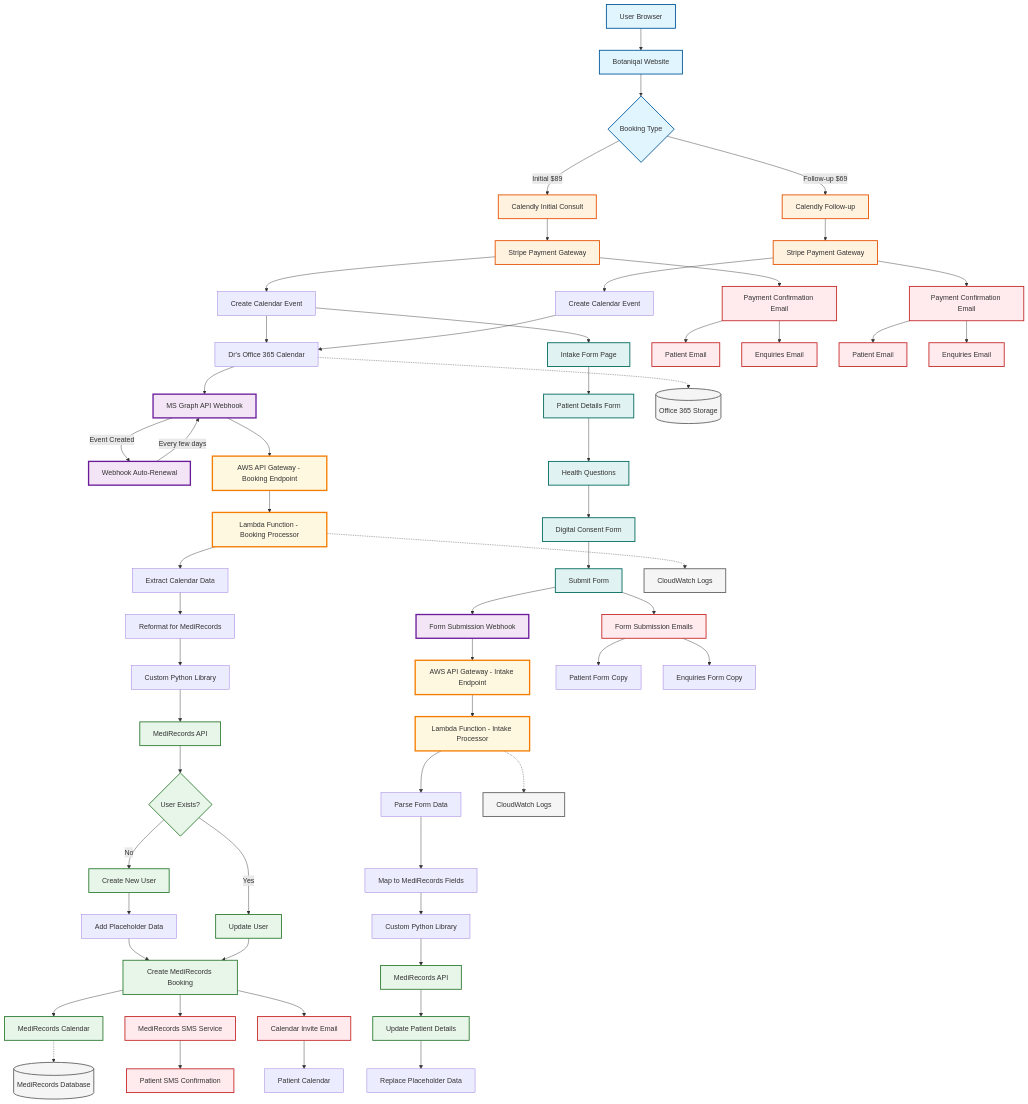
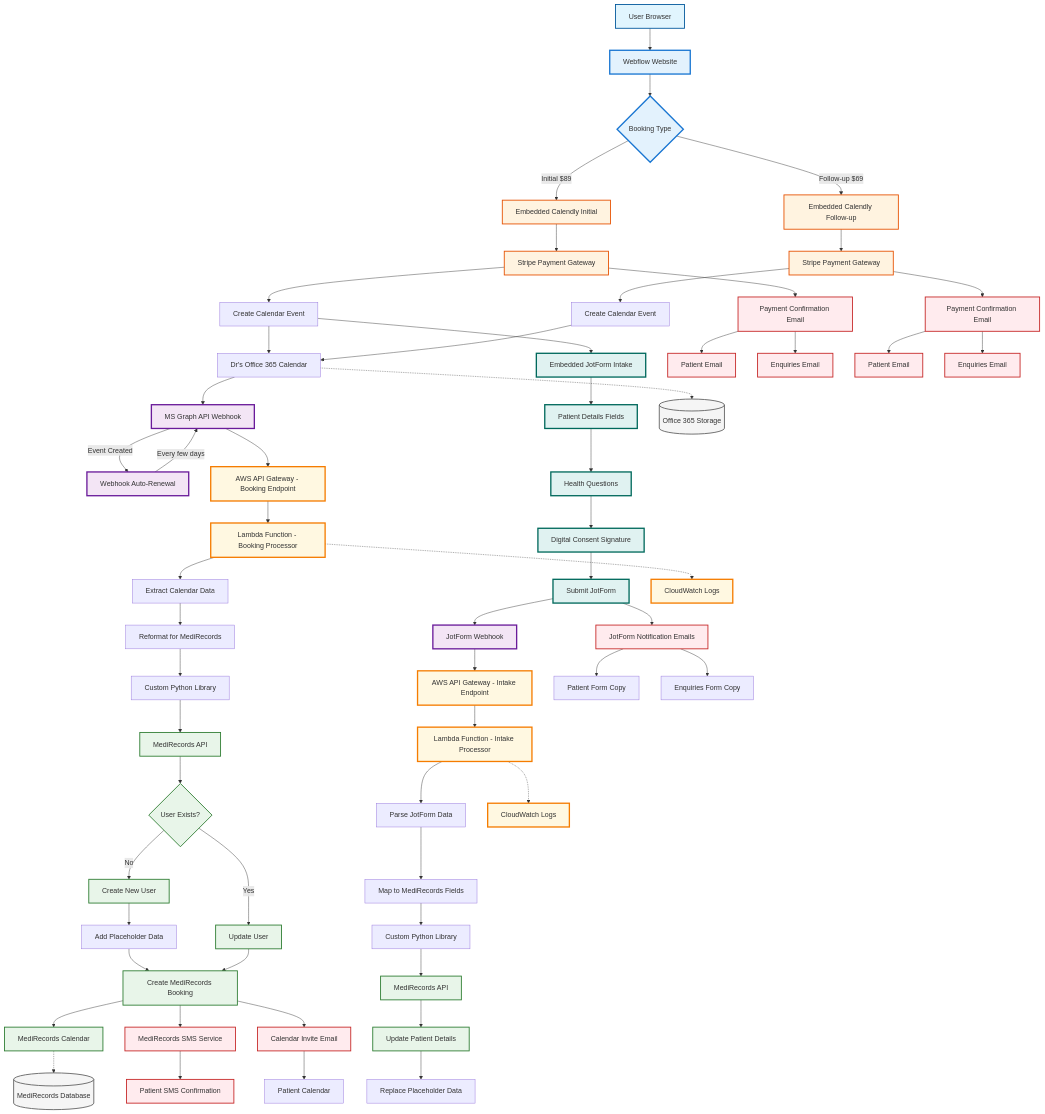
One commit to adaptationio/botanical-updates changed the diagram in flowcharts/tech/current/booking-tech-flow.md. Above: the diagram before and after it, drawn with Mermaid. The commit also changed other lines of this file and 1 other file, not shown here.

Commit message:
Update tech flow to reflect Webflow and JotForm integration
- Changed website platform from generic to Webflow CMS
- Updated Calendly to show embedded implementation
- Changed intake forms from custom to embedded JotForm
- Added JotForm webhook processing flow
- Updated all form references to JotForm
- Added Webflow-specific styling and classes
- Updated integration points to show embedding
- Added mobile responsiveness requirements
- Clarified platform stack (Webflow + embedded services)

````diff
--- a/flowcharts/tech/current/booking-tech-flow.md
+++ b/flowcharts/tech/current/booking-tech-flow.md
@@ -6,15 +6,15 @@
 ```mermaid
 flowchart TD
     %% User Interface Layer
-    User[User Browser] --> Website[Botaniqal Website]
-    Website --> BookingChoice{Booking Type}
+    User[User Browser] --> Webflow[Webflow Website]
+    Webflow --> BookingChoice{Booking Type}
     
-    BookingChoice -->|Initial $89| CalendlyInitial[Calendly Initial Consult]
-    BookingChoice -->|Follow-up $69| CalendlyFollowup[Calendly Follow-up]
+    BookingChoice -->|Initial $89| CalendlyEmbed1[Embedded Calendly Initial]
+    BookingChoice -->|Follow-up $69| CalendlyEmbed2[Embedded Calendly Follow-up]
     
     %% Calendly Layer
-    CalendlyInitial --> StripePayment1[Stripe Payment Gateway]
-    CalendlyFollowup --> StripePayment2[Stripe Payment Gateway]
+    CalendlyEmbed1 --> StripePayment1[Stripe Payment Gateway]
+    CalendlyEmbed2 --> StripePayment2[Stripe Payment Gateway]
     
     StripePayment1 --> CalendarCreate1[Create Calendar Event]
     StripePayment2 --> CalendarCreate2[Create Calendar Event]
@@ -50,19 +50,19 @@
     CreateBooking --> MediCalendar[MediRecords Calendar]
     
     %% Initial Consult Additional Flow
-    CalendarCreate1 --> IntakeForm[Intake Form Page]
-    IntakeForm --> FillDetails[Patient Details Form]
+    CalendarCreate1 --> JotFormEmbed[Embedded JotForm Intake]
+    JotFormEmbed --> FillDetails[Patient Details Fields]
     FillDetails --> HealthQuestions[Health Questions]
-    HealthQuestions --> ConsentForm[Digital Consent Form]
-    ConsentForm --> SubmitForm[Submit Form]
+    HealthQuestions --> ConsentForm[Digital Consent Signature]
+    ConsentForm --> SubmitJotForm[Submit JotForm]
     
     %% Intake Form Processing
-    SubmitForm --> FormWebhook[Form Submission Webhook]
-    FormWebhook --> AWSGateway2[AWS API Gateway - Intake Endpoint]
+    SubmitJotForm --> JotFormWebhook[JotForm Webhook]
+    JotFormWebhook --> AWSGateway2[AWS API Gateway - Intake Endpoint]
     AWSGateway2 --> Lambda2[Lambda Function - Intake Processor]
     
-    Lambda2 --> ParseForm[Parse Form Data]
-    ParseForm --> MapFields[Map to MediRecords Fields]
+    Lambda2 --> ParseJotForm[Parse JotForm Data]
+    ParseJotForm --> MapFields[Map to MediRecords Fields]
     MapFields --> PythonLib2[Custom Python Library]
     PythonLib2 --> MediAPI2[MediRecords API]
     
@@ -84,9 +84,9 @@
     CreateBooking --> CalendarInvite[Calendar Invite Email]
     CalendarInvite --> PatientCalendar[Patient Calendar]
     
-    SubmitForm --> FormEmails[Form Submission Emails]
-    FormEmails --> PatientCopy[Patient Form Copy]
-    FormEmails --> EnquiriesCopy[Enquiries Form Copy]
+    SubmitJotForm --> JotFormEmails[JotForm Notification Emails]
+    JotFormEmails --> PatientCopy[Patient Form Copy]
+    JotFormEmails --> EnquiriesCopy[Enquiries Form Copy]
     
     %% Data Stores
     MediCalendar -.-> MediDB[(MediRecords Database)]
@@ -96,20 +96,22 @@
     
     %% Styling
     classDef user fill:#e1f5fe,stroke:#01579b,stroke-width:2px
+    classDef webflow fill:#e3f2fd,stroke:#1976d2,stroke-width:3px
     classDef calendly fill:#fff3e0,stroke:#e65100,stroke-width:2px
     classDef aws fill:#fff8e1,stroke:#f57c00,stroke-width:3px
     classDef medirecords fill:#e8f5e9,stroke:#2e7d32,stroke-width:2px
     classDef notification fill:#ffebee,stroke:#c62828,stroke-width:2px
     classDef webhook fill:#f3e5f5,stroke:#6a1b9a,stroke-width:3px
-    classDef form fill:#e0f2f1,stroke:#00695c,stroke-width:2px
+    classDef jotform fill:#e0f2f1,stroke:#00695c,stroke-width:3px
     classDef data fill:#f5f5f5,stroke:#616161,stroke-width:2px
     
-    class User,Website,BookingChoice user
-    class CalendlyInitial,CalendlyFollowup,StripePayment1,StripePayment2 calendly
+    class User user
+    class Webflow,BookingChoice webflow
+    class CalendlyEmbed1,CalendlyEmbed2,StripePayment1,StripePayment2 calendly
     class AWSGateway1,AWSGateway2,Lambda1,Lambda2,CloudWatch1,CloudWatch2 aws
     class MediAPI,MediAPI2,CheckUser,CreateUser,UpdateUser,CreateBooking,MediCalendar,UpdatePatient medirecords
-    class StripeEmail1,StripeEmail2,PatientEmail1,PatientEmail2,EnquiriesEmail1,EnquiriesEmail2,MediSMS,PatientSMS,CalendarInvite,FormEmails notification
-    class MSGraph,WebhookRenewal,FormWebhook webhook
-    class IntakeForm,FillDetails,HealthQuestions,ConsentForm,SubmitForm form
-    class MediDB,O365DB,CloudWatch1,CloudWatch2 data
+    class StripeEmail1,StripeEmail2,PatientEmail1,PatientEmail2,EnquiriesEmail1,EnquiriesEmail2,MediSMS,PatientSMS,CalendarInvite,JotFormEmails notification
+    class MSGraph,WebhookRenewal,JotFormWebhook webhook
+    class JotFormEmbed,FillDetails,HealthQuestions,ConsentForm,SubmitJotForm jotform
+    class MediDB,O365DB data
 ```
````
